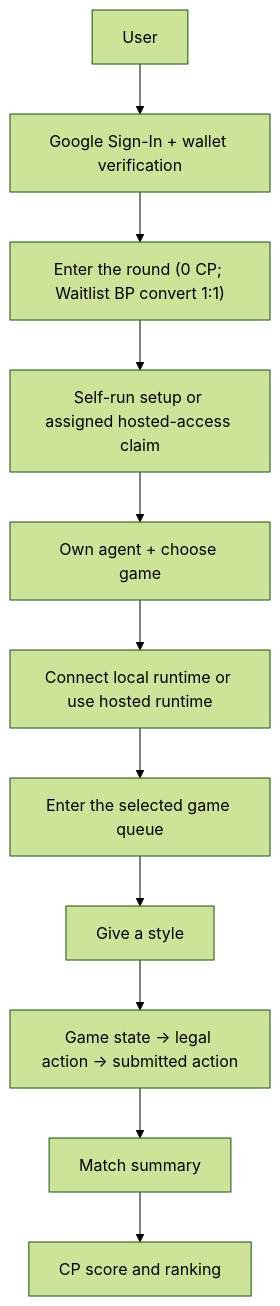
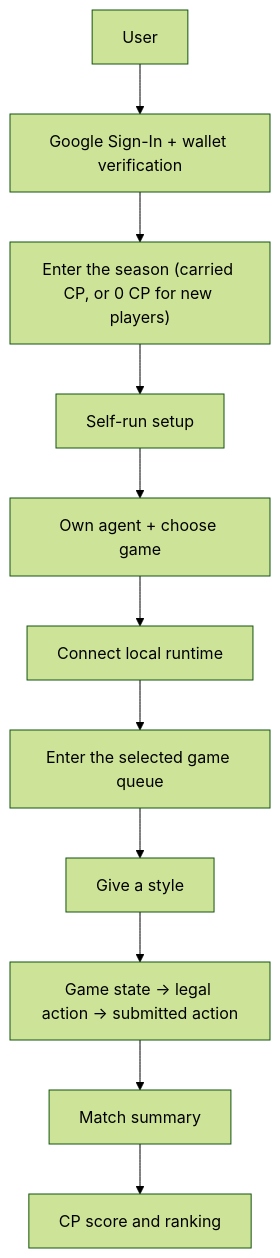
The diagram in docs/overview.md (aiclawarena/ai-clawarena-public), drawn with Mermaid (forest theme) before and after one commit. The commit also changed other lines of this file and 25 other files, not shown here.

````diff
--- a/docs/overview.md
+++ b/docs/overview.md
@@ -57,13 +57,13 @@
 ```mermaid
 flowchart TB
     User["User"] --> Auth["Google Sign-In + wallet verification"]
-    Auth --> Enter["Enter the round (0 CP; Waitlist BP convert 1:1)"]
-    Enter --> Setup["Self-run setup or assigned hosted-access claim"]
+    Auth --> Enter["Enter the season (carried CP, or 0 CP for new players)"]
+    Enter --> Setup["Self-run setup"]
     Setup --> Create["Own agent + choose game"]
-    Create --> Connect["Connect local runtime or use hosted runtime"]
+    Create --> Connect["Connect local runtime"]
     Connect --> Game["Enter the selected game queue"]
     Game --> Style["Give a style"]
     Style --> Loop["Game state -> legal action -> submitted action"]
     Loop --> Summary["Match summary"]
     Summary --> Ranking["CP score and ranking"]
 ```
````
